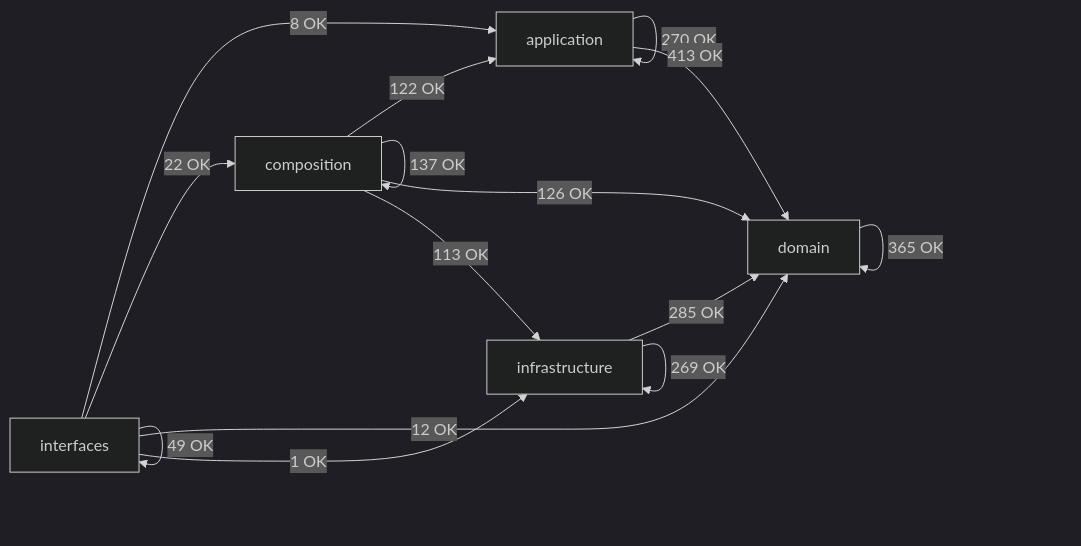
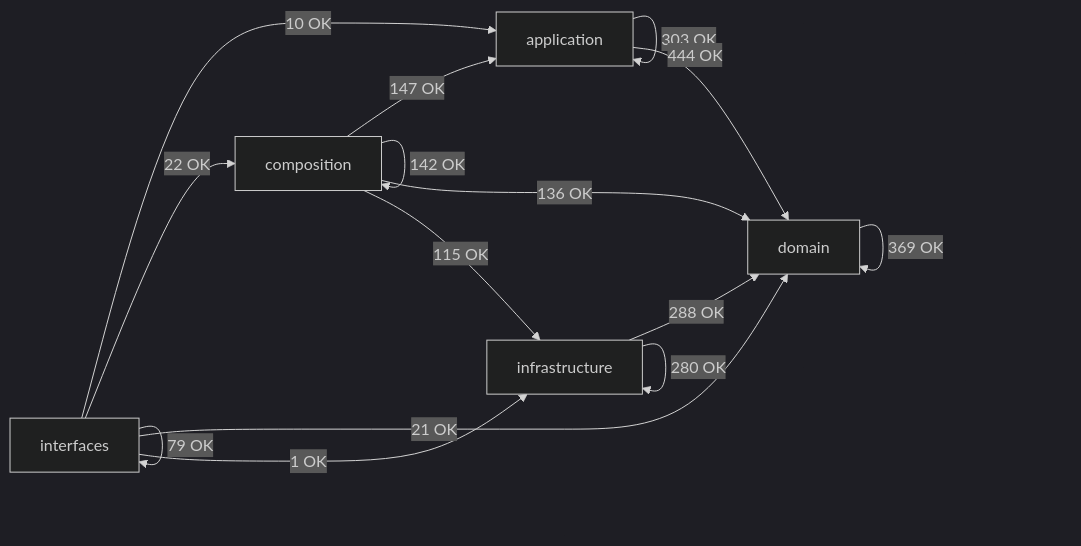
Before and after one commit to SatoryKono/BioactivityDataAcquisition: the diagram in docs/02-architecture/generated/module-dependency-map.md, drawn with Mermaid (dark theme). The commit also changed other lines of this file and 349 other files, not shown here.

````diff
--- a/docs/02-architecture/generated/module-dependency-map.md
+++ b/docs/02-architecture/generated/module-dependency-map.md
@@ -15,22 +15,22 @@
 ```mermaid
 flowchart LR
     domain[domain]
     application[application]
     infrastructure[infrastructure]
     composition[composition]
     interfaces[interfaces]
-    application -->|270 OK| application
-    application -->|413 OK| domain
-    composition -->|122 OK| application
-    composition -->|137 OK| composition
-    composition -->|126 OK| domain
-    composition -->|113 OK| infrastructure
-    domain -->|365 OK| domain
-    infrastructure -->|285 OK| domain
-    infrastructure -->|269 OK| infrastructure
-    interfaces -->|8 OK| application
+    application -->|303 OK| application
+    application -->|444 OK| domain
+    composition -->|147 OK| application
+    composition -->|142 OK| composition
+    composition -->|136 OK| domain
+    composition -->|115 OK| infrastructure
+    domain -->|369 OK| domain
+    infrastructure -->|288 OK| domain
+    infrastructure -->|280 OK| infrastructure
+    interfaces -->|10 OK| application
     interfaces -->|22 OK| composition
-    interfaces -->|12 OK| domain
+    interfaces -->|21 OK| domain
     interfaces -->|1 OK| infrastructure
-    interfaces -->|49 OK| interfaces
+    interfaces -->|79 OK| interfaces
 ```
````
